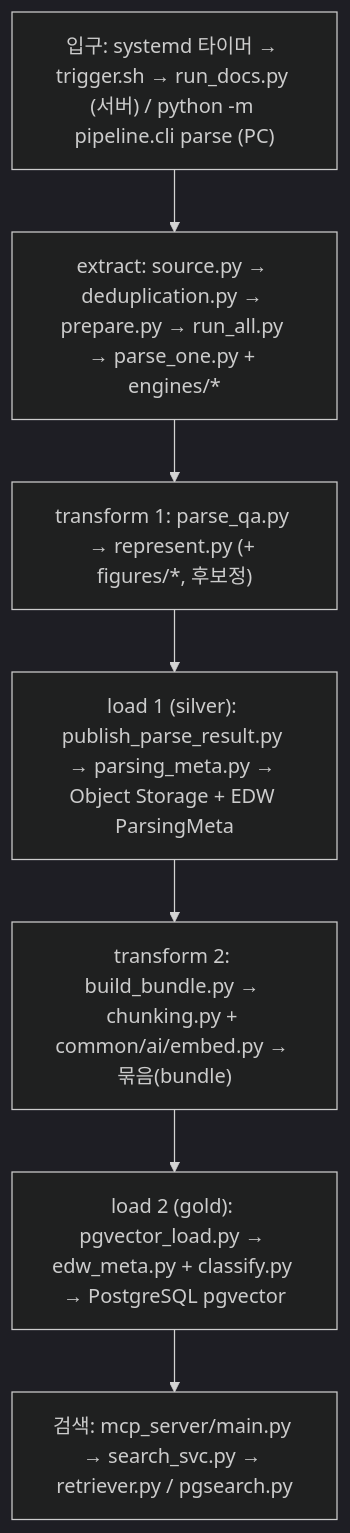
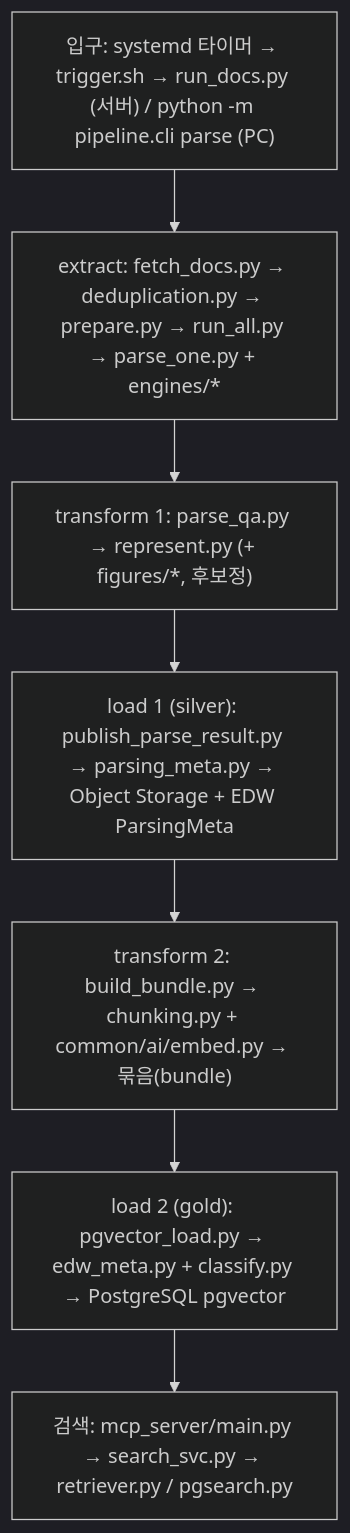
The first of 11 diagrams in docs/architecture/parse_flow.md (gigasamba/sbl_data_parsing), drawn with Mermaid (dark theme) before and after one commit. The commit also changed other lines of this file and 22 other files, not shown here.

First line of the commit message:
refactor: rename extract/source.py to fetch_docs.py (git mv + references only)

````diff
--- a/docs/architecture/parse_flow.md
+++ b/docs/architecture/parse_flow.md
@@ -13,11 +13,11 @@
 ```mermaid
 flowchart TD
     A["입구: systemd 타이머 → trigger.sh → run_docs.py (서버) / python -m pipeline.cli parse (PC)"]
-    B["extract: source.py → deduplication.py → prepare.py → run_all.py → parse_one.py + engines/*"]
+    B["extract: fetch_docs.py → deduplication.py → prepare.py → run_all.py → parse_one.py + engines/*"]
     C["transform 1: parse_qa.py → represent.py (+ figures/*, 후보정)"]
     P["load 1 (silver): publish_parse_result.py → parsing_meta.py → Object Storage + EDW ParsingMeta"]
     D["transform 2: build_bundle.py → chunking.py + common/ai/embed.py → 묶음(bundle)"]
     E["load 2 (gold): pgvector_load.py → edw_meta.py + classify.py → PostgreSQL pgvector"]
     F["검색: mcp_server/main.py → search_svc.py → retriever.py / pgsearch.py"]
     A --> B --> C --> P --> D --> E --> F
 ```
````
